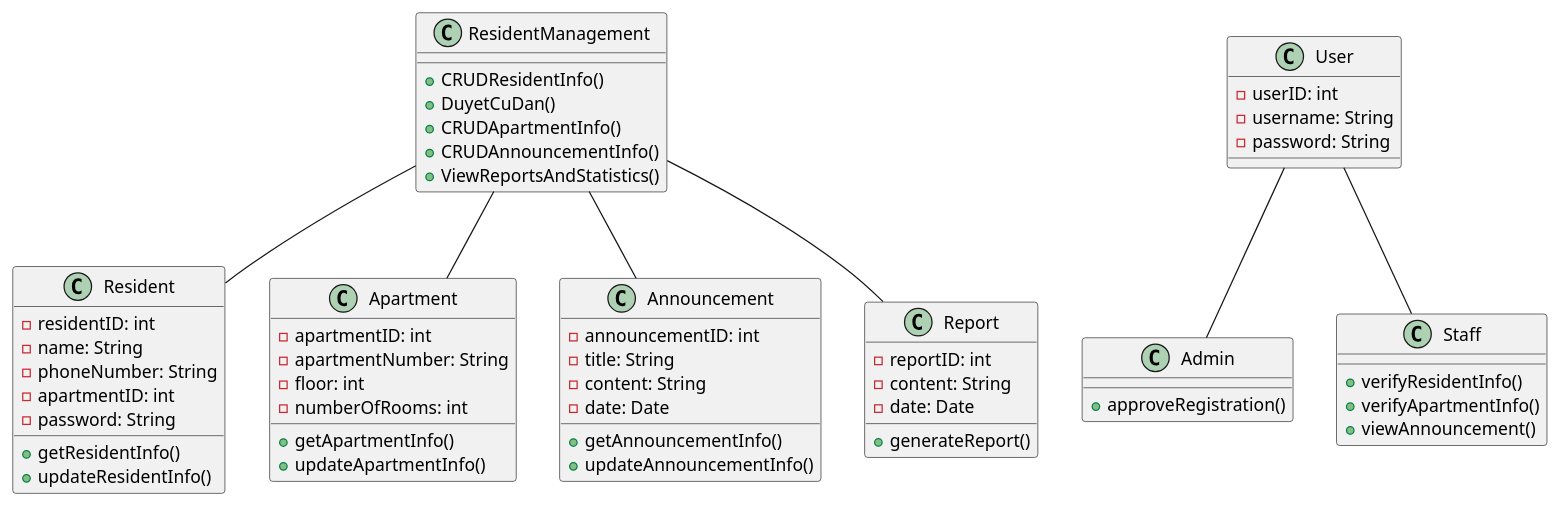
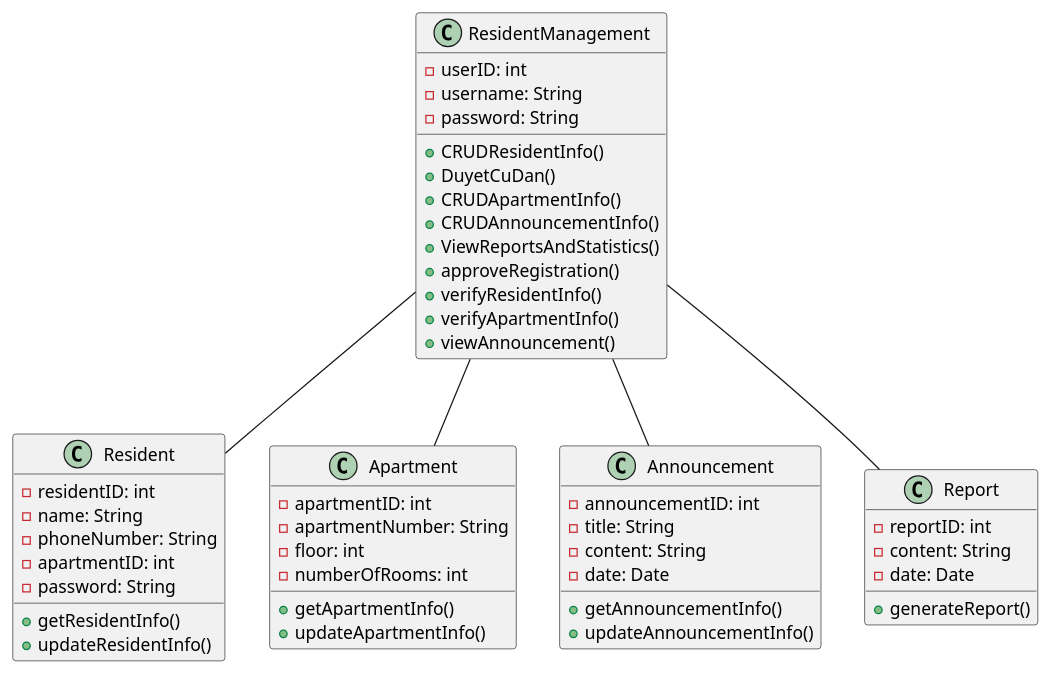
Before and after one commit to QuickyBooster/SE357-Pratice-class: the diagram in Lab1/Lab1.2/Class Diagram/Quản lý cư dân.plantuml, drawn with PlantUML. The commit also changed 18 other files, not shown here.

```diff
--- a/Lab1/Lab1.2/Class Diagram/Quản lý cư dân.plantuml
+++ b/Lab1/Lab1.2/Class Diagram/Quản lý cư dân.plantuml
@@ -1,67 +1,58 @@
 @startuml
 class ResidentManagement {
+  -userID: int
+  -username: String
+  -password: String
   +CRUDResidentInfo()
   +DuyetCuDan()
   +CRUDApartmentInfo()
   +CRUDAnnouncementInfo()
   +ViewReportsAndStatistics()
+  +approveRegistration()
+  +verifyResidentInfo()
+  +verifyApartmentInfo()
+  +viewAnnouncement()
 }
 
 class Resident {
   -residentID: int
   -name: String
   -phoneNumber: String
   -apartmentID: int
   -password: String
   +getResidentInfo()
   +updateResidentInfo()
 }
 
 class Apartment {
   -apartmentID: int
   -apartmentNumber: String
   -floor: int
   -numberOfRooms: int
   +getApartmentInfo()
   +updateApartmentInfo()
 }
 
 class Announcement {
   -announcementID: int
   -title: String
   -content: String
   -date: Date
   +getAnnouncementInfo()
   +updateAnnouncementInfo()
 }
 
 class Report {
   -reportID: int
   -content: String
   -date: Date
   +generateReport()
 }
 
-class User {
-  -userID: int
-  -username: String
-  -password: String
-}
-
-class Admin {
-  +approveRegistration()
-}
-
-class Staff {
-  +verifyResidentInfo()
-  +verifyApartmentInfo()
-  +viewAnnouncement()
-}
 
 ResidentManagement -- Resident
 ResidentManagement -- Apartment
 ResidentManagement -- Announcement
 ResidentManagement -- Report
-User -- Admin
-User -- Staff
+
 @enduml
```
